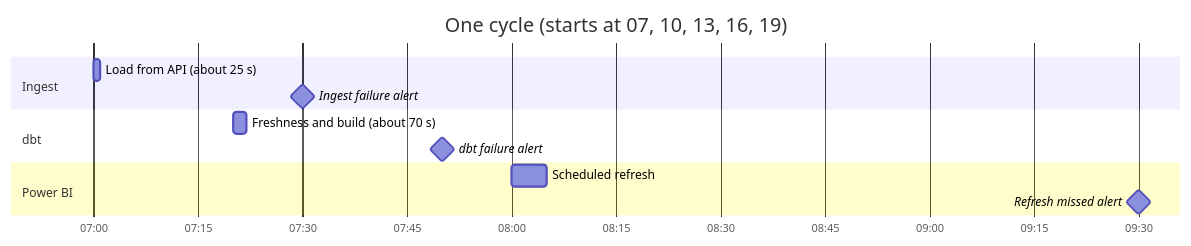
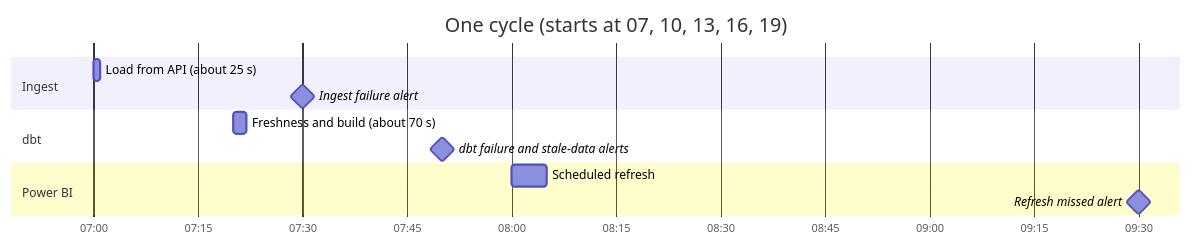
One commit to jacekjastrzebski/uk-tenders-dbt-snowflake changed the second of 5 diagrams in docs/diagrams/flows.md. Above: the diagram before and after it, drawn with Mermaid. The commit also changed other lines of this file and 23 other files, not shown here.

````diff
--- a/docs/diagrams/flows.md
+++ b/docs/diagrams/flows.md
@@ -38,16 +38,16 @@
 ```mermaid
 gantt
     title One cycle (starts at 07, 10, 13, 16, 19)
     dateFormat HH:mm:ss
     axisFormat %H:%M
 
     section Ingest
     Load from API (about 25 s)        :ingest, 07:00:00, 1m
     Ingest failure alert              :milestone, 07:30:00, 0m
     section dbt
     Freshness and build (about 70 s)  :dbt, 07:20:00, 2m
-    dbt failure alert                 :milestone, 07:50:00, 0m
+    dbt failure and stale-data alerts :milestone, 07:50:00, 0m
     section Power BI
     Scheduled refresh                 :pbi, 08:00:00, 5m
     Refresh missed alert              :milestone, 09:30:00, 0m
 ```
````
